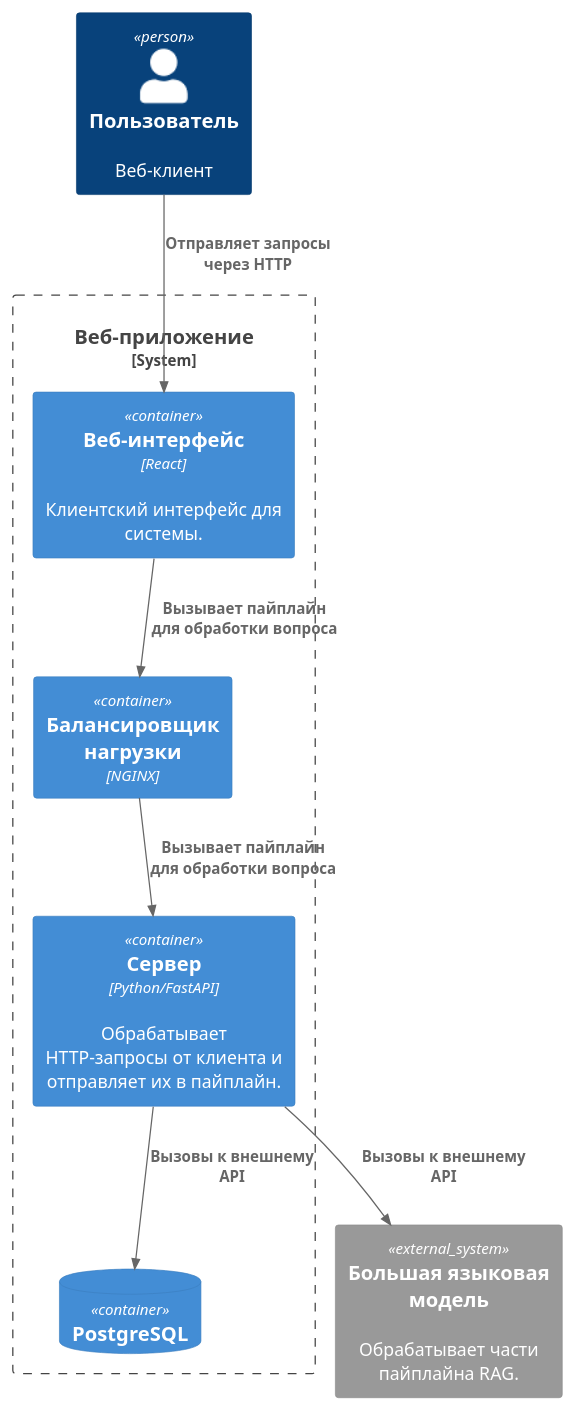
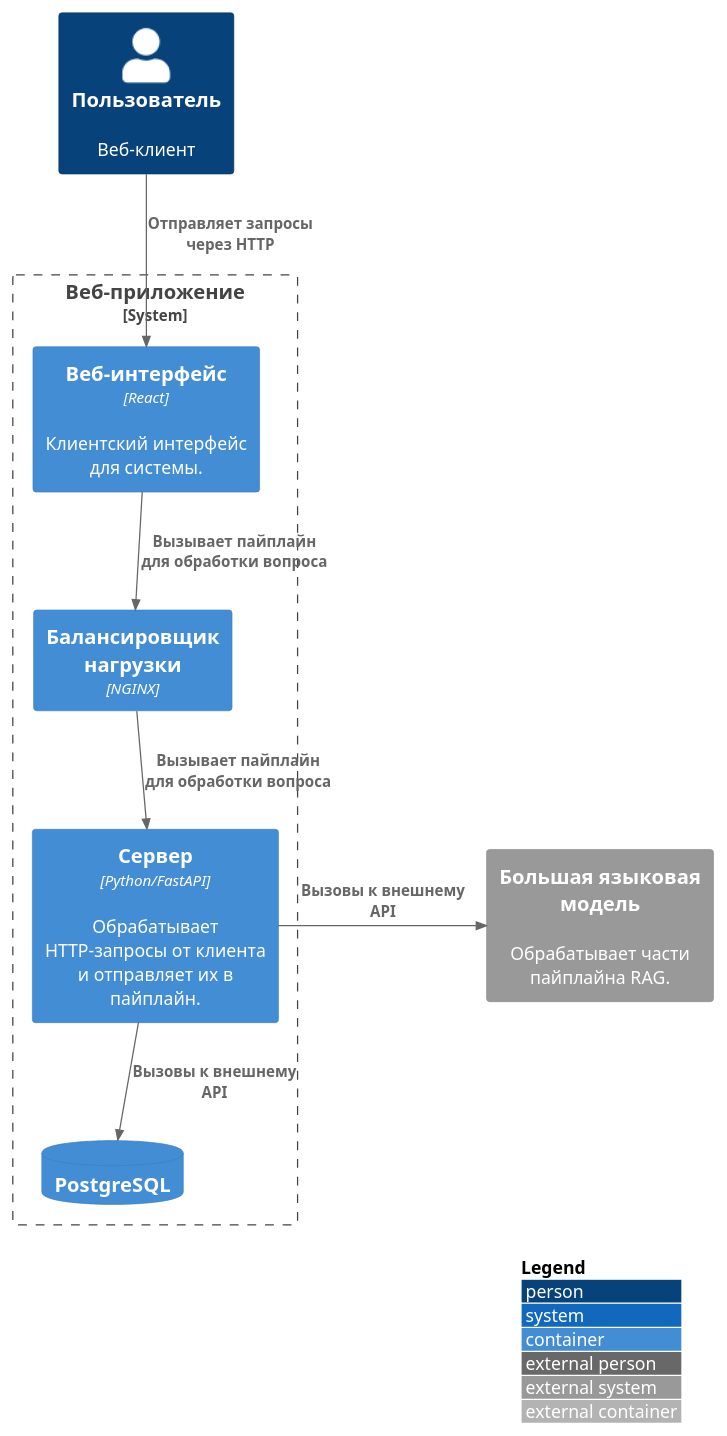
Before and after one commit to Syrenny/educ: the diagram in diagrams/c2.puml, drawn with PlantUML. The commit also changed 7 other files, not shown here.

Commit message:
docs: add c4 diagrams

```diff
--- a/diagrams/c2.puml
+++ b/diagrams/c2.puml
@@ -1,20 +1,24 @@
 @startuml
 !includeurl https://raw.githubusercontent.com/plantuml-stdlib/C4-PlantUML/master/C4_Container.puml
+
+skinparam wrapWidth 180
+LAYOUT_WITH_LEGEND()
+LAYOUT_TOP_DOWN()
 
 Person(client, "Пользователь", "Веб-клиент")
 
 System_Boundary(rag_sys, "Веб-приложение") {
     Container(web, "Веб-интерфейс", "React", "Клиентский интерфейс для системы.")
     Container(balancer, "Балансировщик нагрузки", "NGINX")
     Container(server, "Сервер", "Python/FastAPI", "Обрабатывает HTTP-запросы от клиента и отправляет их в пайплайн.")
     ContainerDb(db, "PostgreSQL")
 }
 System_Ext(llm_api, "Большая языковая модель", "Обрабатывает части пайплайна RAG.")
 
 Rel(client, web, "Отправляет запросы через HTTP")
 Rel(web, balancer, "Вызывает пайплайн для обработки вопроса")
 Rel(balancer, server, "Вызывает пайплайн для обработки вопроса")
-Rel(server, llm_api, "Вызовы к внешнему API")
-Rel(server, db, "Вызовы к внешнему API")
+Rel_R(server, llm_api, "Вызовы к внешнему API")
+Rel_D(server, db, "Вызовы к внешнему API")
 
 @enduml
```
